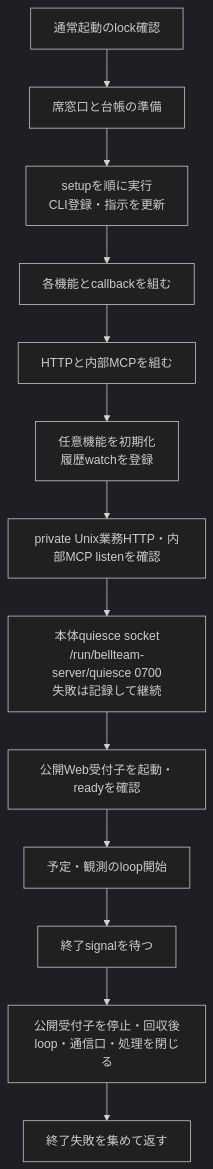
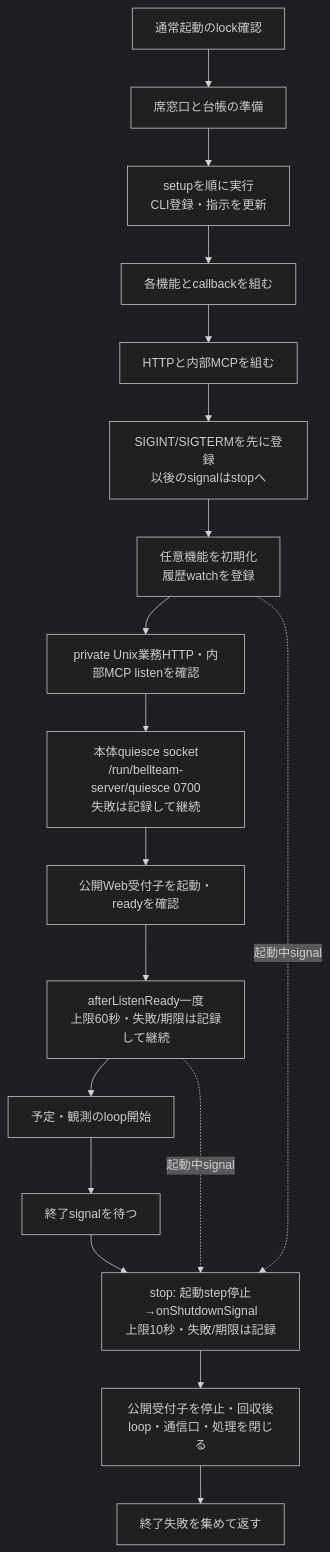
The first of 4 diagrams in docs/architecture/modules/runtime/execution.md (kitepon/BellTeam), drawn with Mermaid (dark theme) before and after one commit. The commit also changed other lines of this file and 5 other files, not shown here.

First line of the commit message:
Register shutdown signals before start and add Z-c lifecycle contacts

````diff
--- a/docs/architecture/modules/runtime/execution.md
+++ b/docs/architecture/modules/runtime/execution.md
@@ -7,15 +7,20 @@
 ```mermaid
 flowchart TD
   Supervisor["通常起動のlock確認"] --> Bootstrap["席窓口と台帳の準備"]
   Bootstrap --> Setup["setupを順に実行<br/>CLI登録・指示を更新"]
   Setup --> Services["各機能とcallbackを組む"]
   Services --> Runtime["HTTPと内部MCPを組む"]
-  Runtime --> Features["任意機能を初期化<br/>履歴watchを登録"]
+  Runtime --> Signals["SIGINT/SIGTERMを先に登録<br/>以後のsignalはstopへ"]
+  Signals --> Features["任意機能を初期化<br/>履歴watchを登録"]
   Features --> Listen["private Unix業務HTTP・内部MCP listenを確認"]
   Listen --> Quiesce["本体quiesce socket<br/>/run/bellteam-server/quiesce 0700<br/>失敗は記録して継続"]
   Quiesce --> Gateway["公開Web受付子を起動・readyを確認"]
-  Gateway --> Loops["予定・観測のloop開始"]
+  Gateway --> Ready["afterListenReady一度<br/>上限60秒・失敗/期限は記録して継続"]
+  Ready --> Loops["予定・観測のloop開始"]
   Loops --> Shutdown["終了signalを待つ"]
-  Shutdown --> Close["公開受付子を停止・回収後<br/>loop・通信口・処理を閉じる"]
+  Shutdown --> Stop["stop: 起動step停止→onShutdownSignal<br/>上限10秒・失敗/期限は記録"]
+  Features -. 起動中signal .-> Stop
+  Ready -. 起動中signal .-> Stop
+  Stop --> Close["公開受付子を停止・回収後<br/>loop・通信口・処理を閉じる"]
   Close --> Result["終了失敗を集めて返す"]
 ```
````
